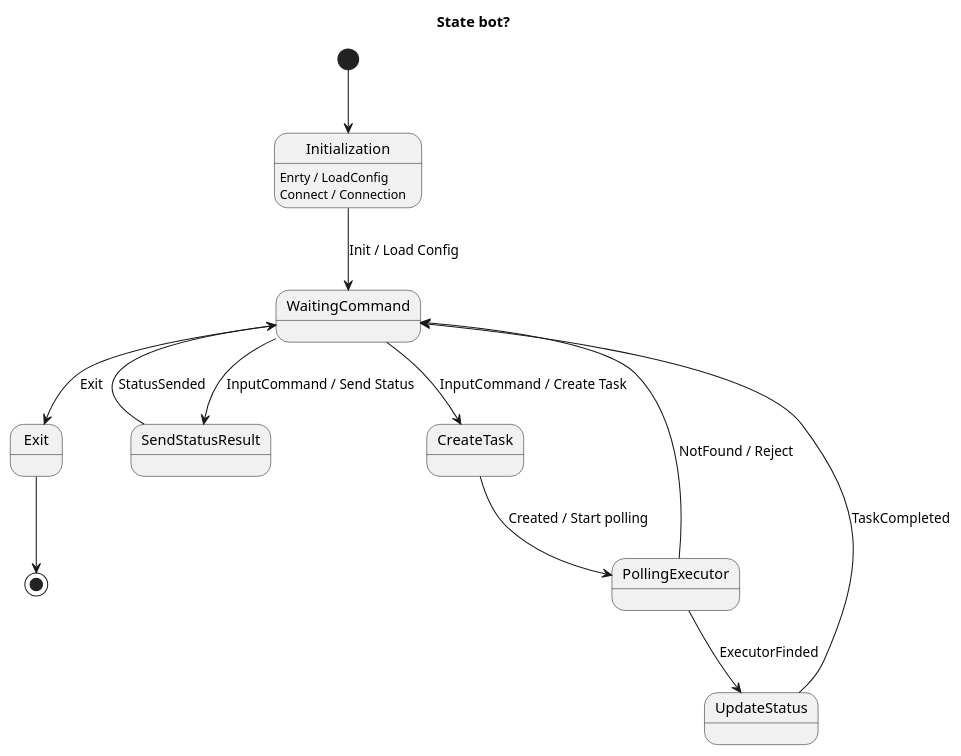
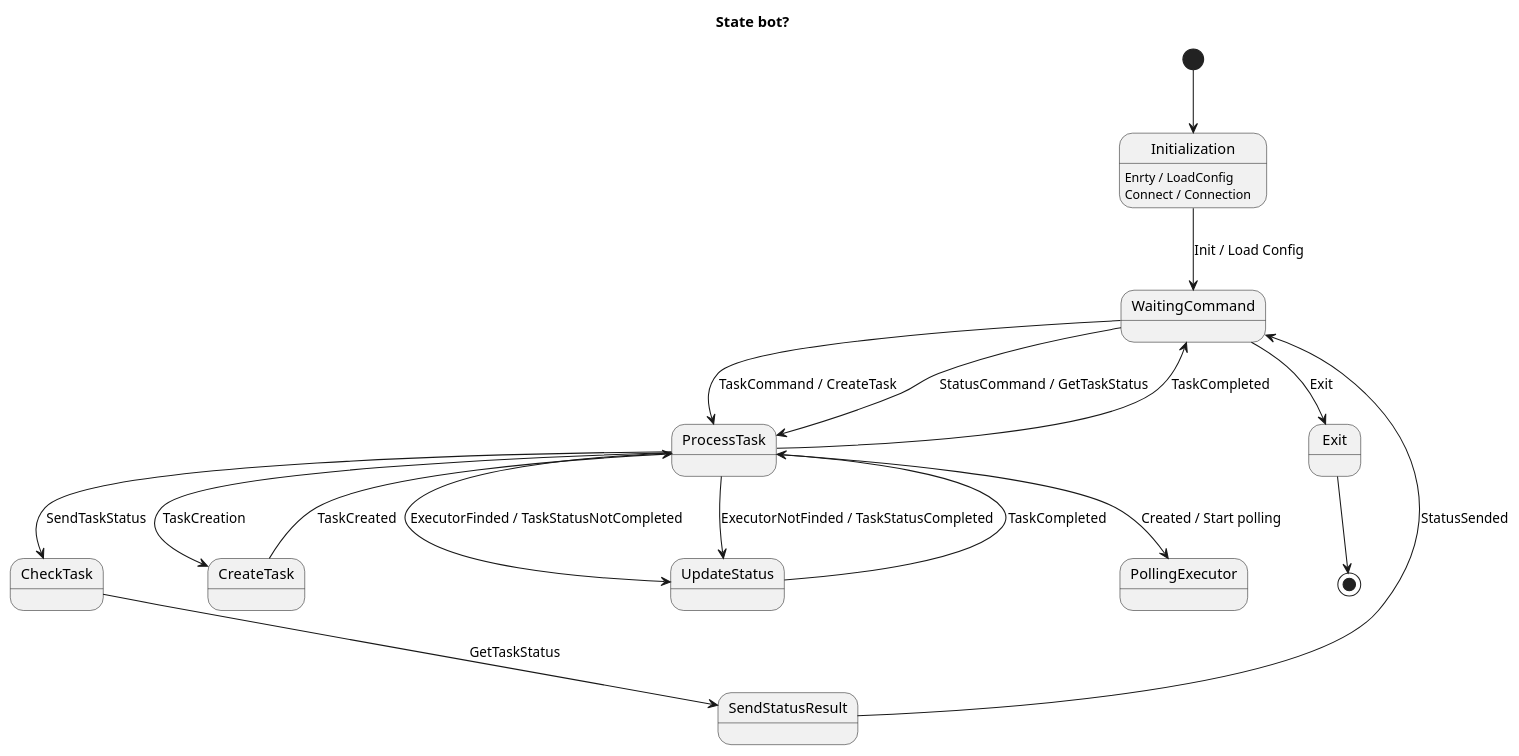
One commit to Plasmat1x/PaulBot changed the third of 4 diagrams in work.md. Above: the diagram before and after it, drawn with PlantUML. The commit also changed other lines of this file, not shown here.

````diff
--- a/work.md
+++ b/work.md
@@ -106,20 +108,27 @@
 ```plantuml
 @startuml State
 Title State bot?
 
 Initialization : Enrty / LoadConfig
 Initialization : Connect / Connection
 
 [*] --> Initialization
 Initialization --> WaitingCommand : Init / Load Config
-WaitingCommand --> CreateTask : InputCommand / Create Task
-CreateTask --> PollingExecutor : Created / Start polling
-PollingExecutor --> WaitingCommand : NotFound / Reject
-UpdateStatus --> WaitingCommand : TaskCompleted
-WaitingCommand --> SendStatusResult : InputCommand / Send Status
+
+WaitingCommand --> ProcessTask : TaskCommand / CreateTask
+WaitingCommand --> ProcessTask : StatusCommand / GetTaskStatus
 SendStatusResult --> WaitingCommand : StatusSended
-PollingExecutor --> UpdateStatus : ExecutorFinded
+ProcessTask --> CheckTask : SendTaskStatus
+CheckTask --> SendStatusResult : GetTaskStatus
+ProcessTask --> CreateTask : TaskCreation
+CreateTask --> ProcessTask : TaskCreated
+UpdateStatus --> ProcessTask : TaskCompleted
+ProcessTask --> WaitingCommand : TaskCompleted
+ProcessTask --> UpdateStatus : ExecutorFinded / TaskStatusNotCompleted
+ProcessTask --> UpdateStatus : ExecutorNotFinded / TaskStatusCompleted
+ProcessTask --> PollingExecutor : Created / Start polling
+
 WaitingCommand --> Exit : Exit
 Exit --> [*]
 @enduml
 ```
````
